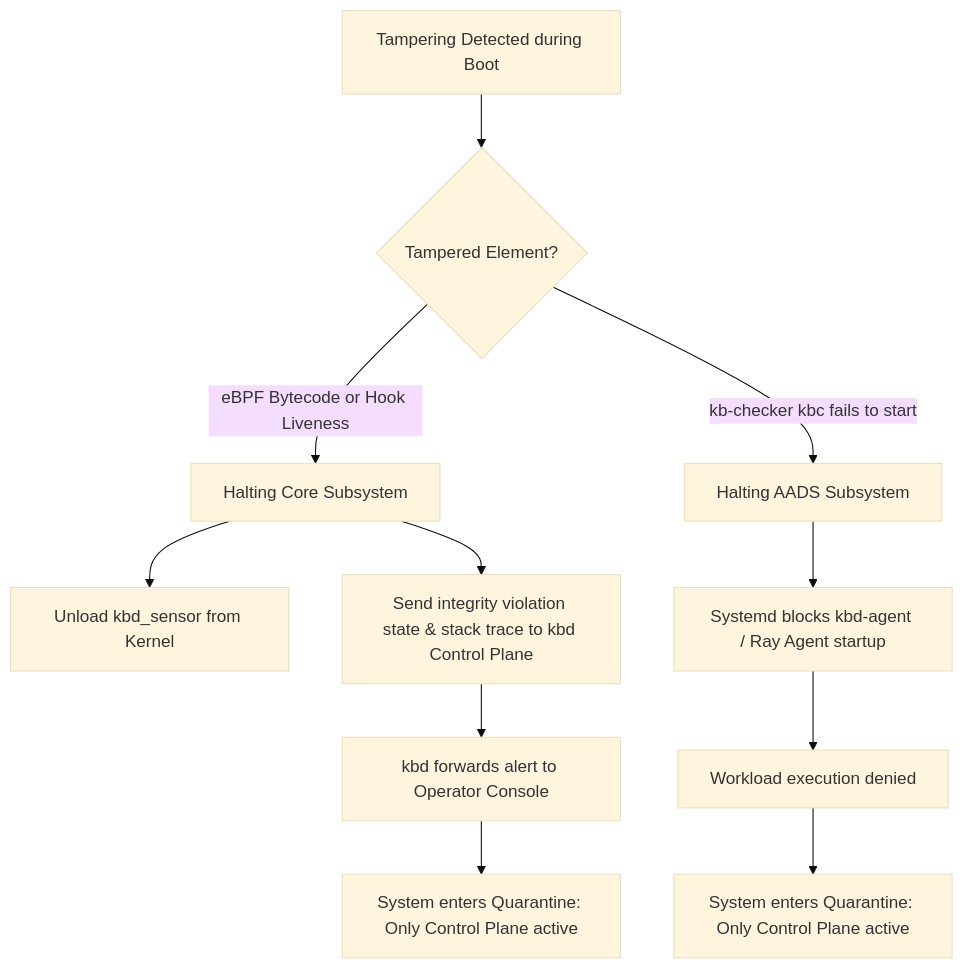
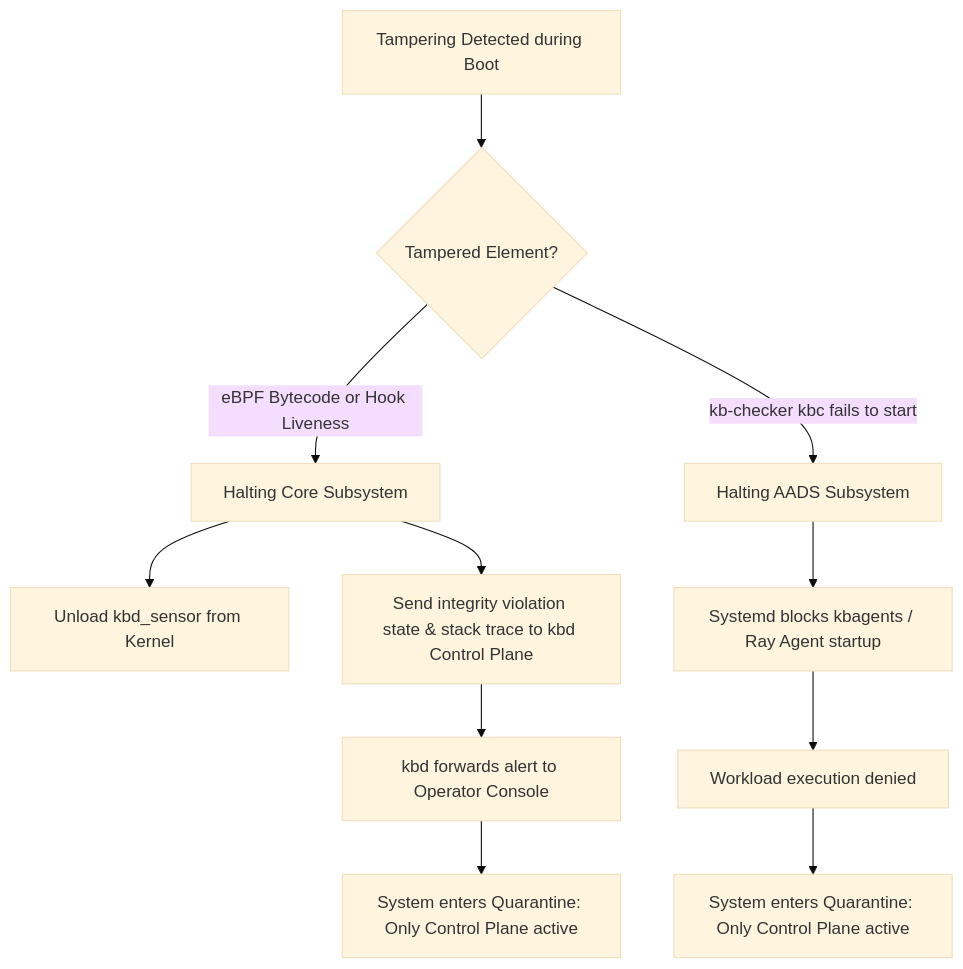
The second of 2 diagrams in docs/architecture/boot_sequence_spec.md (pardhuvarmax/kernel-borderlands), drawn with Mermaid (base theme) before and after one commit. The commit also changed other lines of this file and 5 other files, not shown here.

````diff
--- a/docs/architecture/boot_sequence_spec.md
+++ b/docs/architecture/boot_sequence_spec.md
@@ -193,14 +273,14 @@
 ```mermaid
 graph TD
     A[Tampering Detected during Boot] --> B{Tampered Element?}
     B -->|eBPF Bytecode or Hook Liveness| C[Halting Core Subsystem]
     C --> C1[Unload kbd_sensor from Kernel]
     C --> C2[Send integrity violation state & stack trace to kbd Control Plane]
     C2 --> C3[kbd forwards alert to Operator Console]
     C3 --> C4[System enters Quarantine: Only Control Plane active]
     
     B -->|kb-checker kbc fails to start| D[Halting AADS Subsystem]
-    D --> D1[Systemd blocks kbd-agent / Ray Agent startup]
+    D --> D1[Systemd blocks kbagents / Ray Agent startup]
     D1 --> D2[Workload execution denied]
     D2 --> D3[System enters Quarantine: Only Control Plane active]
 ```
````
